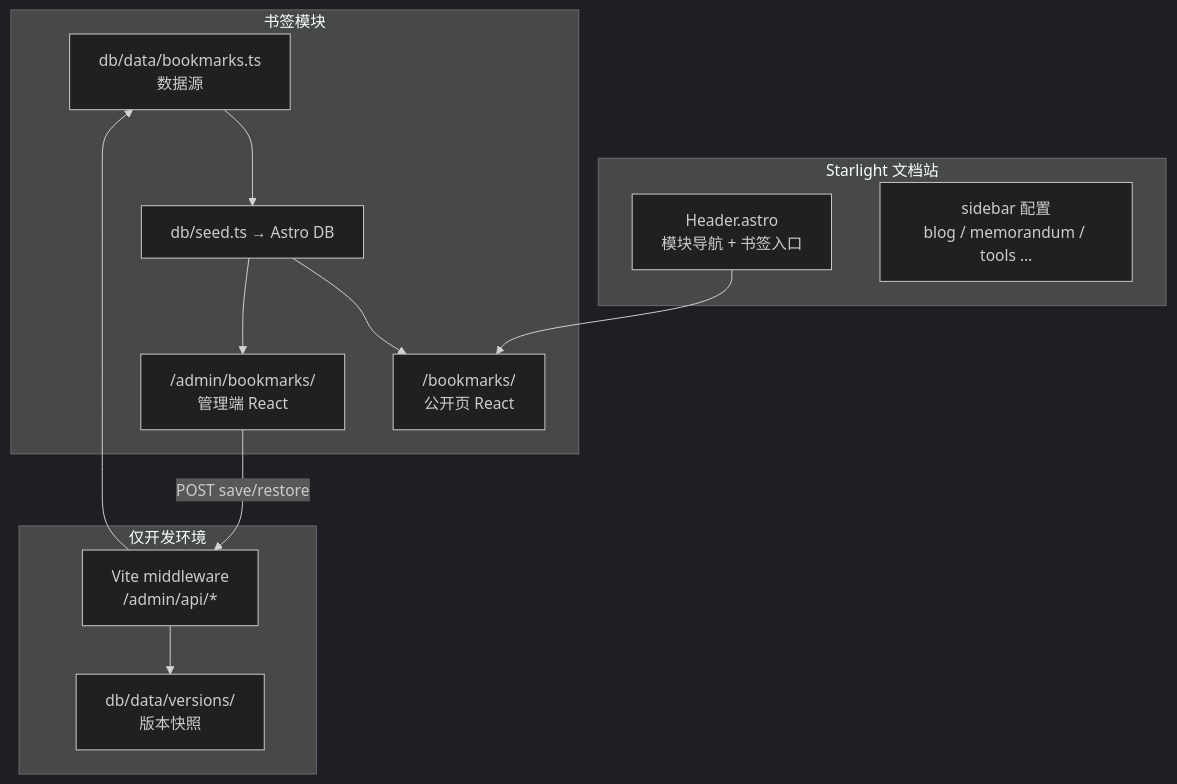
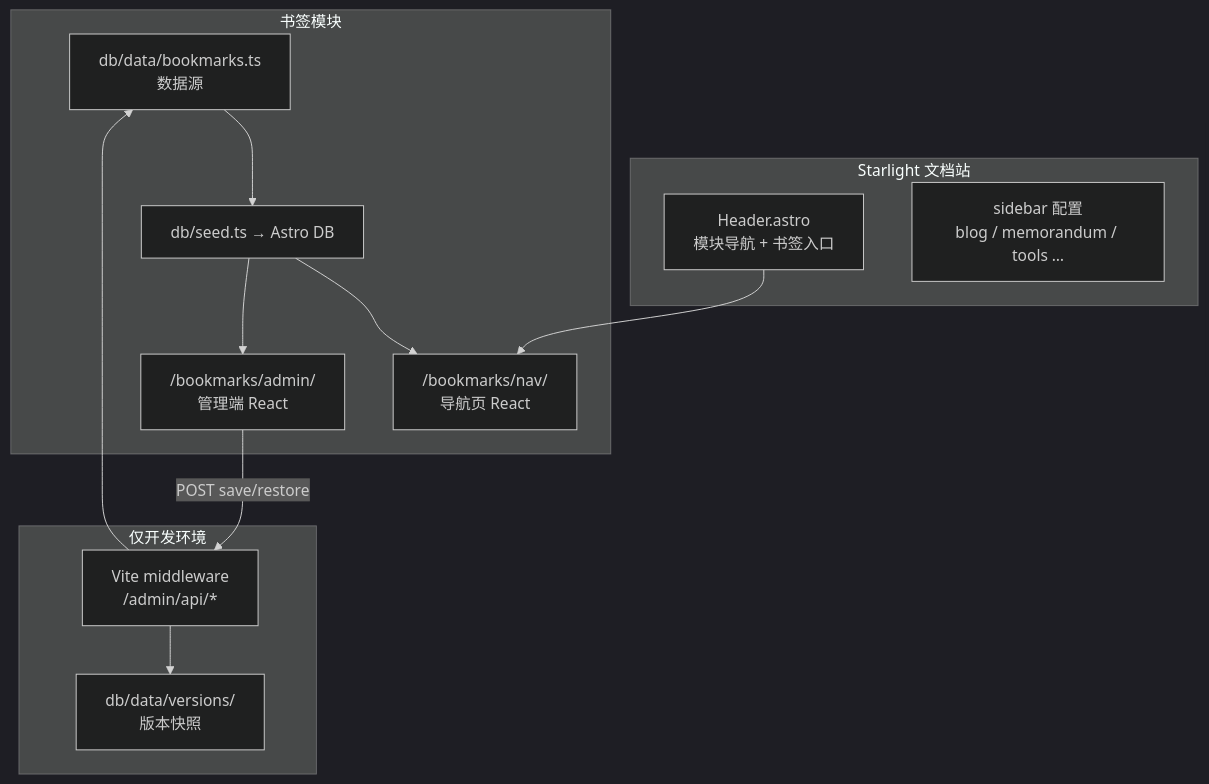
The diagram in src/content/docs/blog/bookmarks/index.mdx (wwlight/wwlight.github.io), drawn with Mermaid (dark theme) before and after one commit. The commit also changed other lines of this file and 156 other files, not shown here.

````diff
--- a/src/content/docs/blog/bookmarks/index.mdx
+++ b/src/content/docs/blog/bookmarks/index.mdx
@@ -21,27 +21,27 @@
 ```mermaid
 flowchart TB
   subgraph docs["Starlight 文档站"]
     Header["Header.astro<br/>模块导航 + 书签入口"]
     Sidebar["sidebar 配置<br/>blog / memorandum / tools …"]
   end
 
   subgraph bookmarks["书签模块"]
     Data["db/data/bookmarks.ts<br/>数据源"]
     Seed["db/seed.ts → Astro DB"]
-    Public["/bookmarks/<br/>公开页 React"]
-    Admin["/admin/bookmarks/<br/>管理端 React"]
+    Nav["/bookmarks/nav/<br/>导航页 React"]
+    Admin["/bookmarks/admin/<br/>管理端 React"]
   end
 
   subgraph devOnly["仅开发环境"]
     API["Vite middleware<br/>/admin/api/*"]
     Versions["db/data/versions/<br/>版本快照"]
   end
 
   Data --> Seed
-  Seed --> Public
+  Seed --> Nav
   Seed --> Admin
   Admin -->|"POST save/restore"| API
   API --> Data
   API --> Versions
-  Header --> Public
+  Header --> Nav
 ```
````
